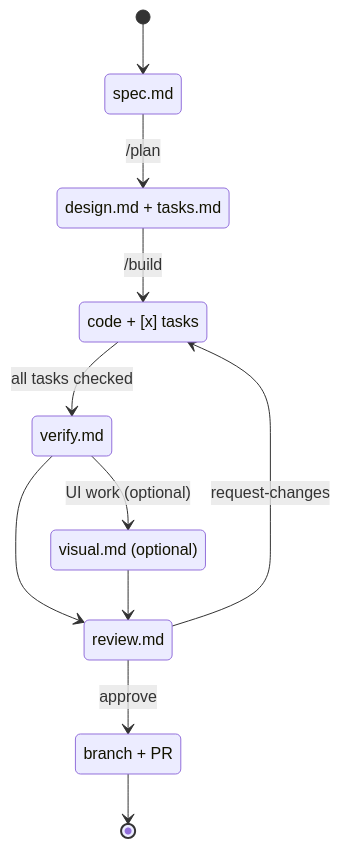
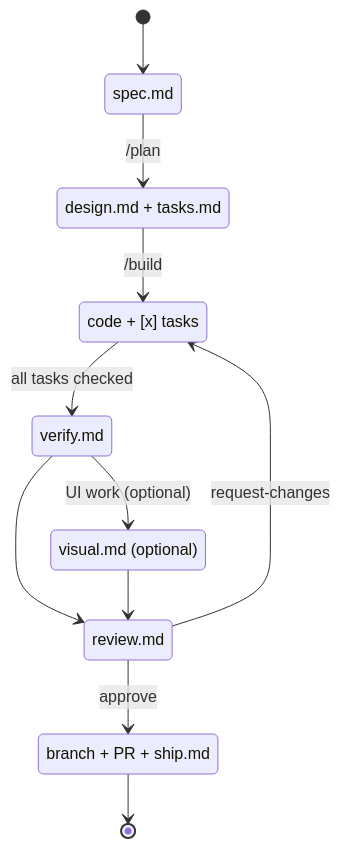
One commit to 49115566/opencode-framework changed the second of 2 diagrams in README.md. Above: the diagram before and after it, drawn with Mermaid. The commit also changed other lines of this file and 5 other files, not shown here.

````diff
--- a/README.md
+++ b/README.md
@@ -113,21 +113,21 @@
 ```mermaid
 stateDiagram-v2
     [*] --> Spec
     Spec --> Design: /plan
     Design --> Build: /build
     Build --> Test: all tasks checked
     Test --> Visual: UI work (optional)
     Test --> Review
     Visual --> Review
     Review --> Build: request-changes
     Review --> Ship: approve
     Ship --> [*]
 
     Spec: spec.md
     Design: design.md + tasks.md
     Build: code + [x] tasks
     Test: verify.md
     Visual: visual.md (optional)
     Review: review.md
-    Ship: branch + PR
+    Ship: branch + PR + ship.md
 ```
````
